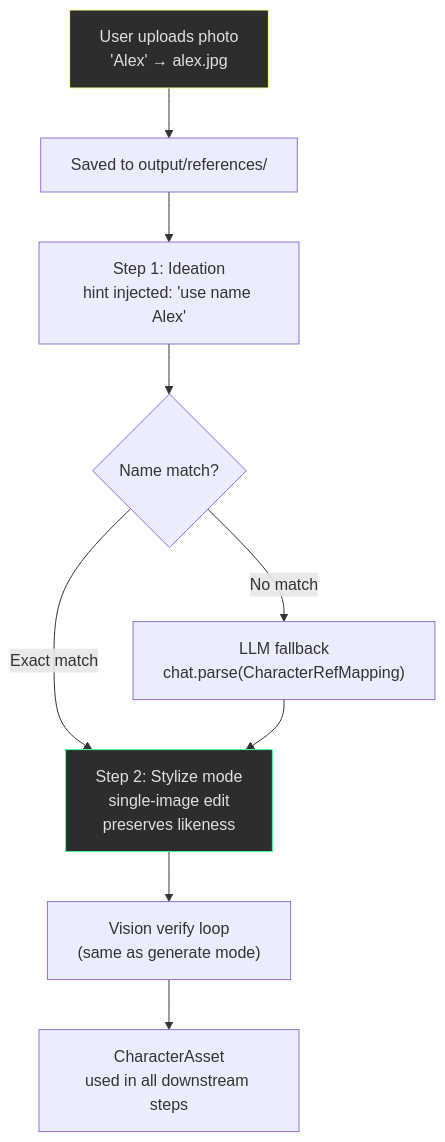
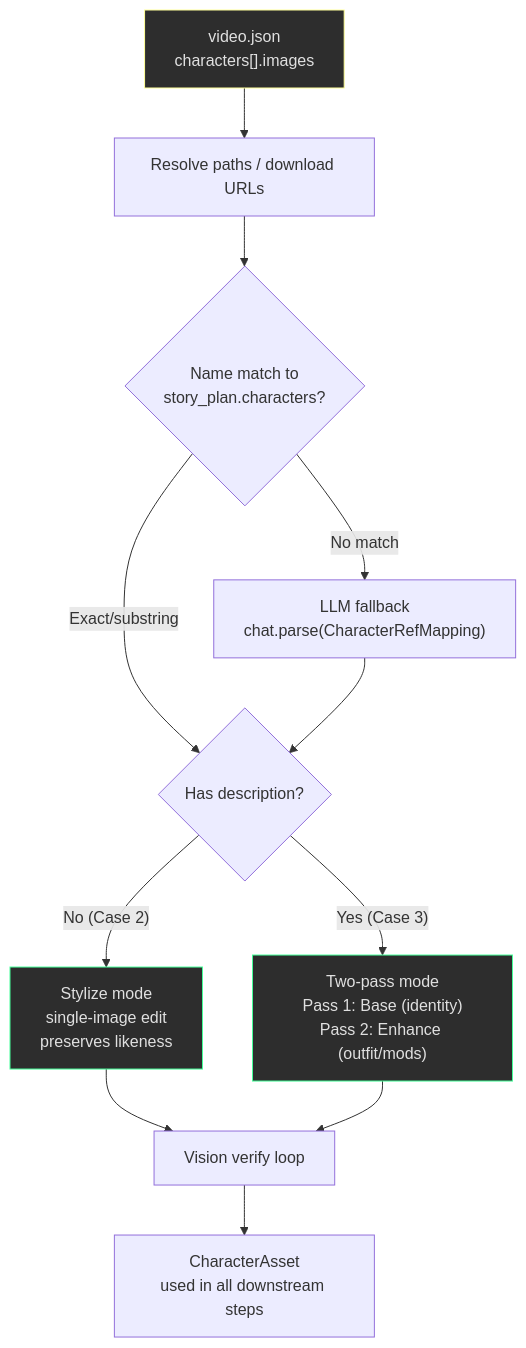
Before and after one commit to vkhansen/grok-spicy: the third of 6 diagrams in README.md, drawn with Mermaid. The commit also changed other lines of this file and 4 other files, not shown here.

````diff
--- a/README.md
+++ b/README.md
@@ -187,14 +183,17 @@
 ```mermaid
 flowchart TD
-    A["User uploads photo<br/>'Alex' → alex.jpg"] --> B["Saved to output/references/"]
-    B --> C["Step 1: Ideation<br/>hint injected: 'use name Alex'"]
-    C --> D{"Name match?"}
-    D -->|"Exact match"| F["Step 2: Stylize mode<br/>single-image edit<br/>preserves likeness"]
-    D -->|"No match"| E["LLM fallback<br/>chat.parse(CharacterRefMapping)"]
-    E --> F
-    F --> G["Vision verify loop<br/>(same as generate mode)"]
-    G --> H["CharacterAsset<br/>used in all downstream steps"]
+    A["video.json<br/>characters[].images"] --> B["Resolve paths / download URLs"]
+    B --> C{"Name match to<br/>story_plan.characters?"}
+    C -->|"Exact/substring"| D{"Has description?"}
+    C -->|"No match"| E["LLM fallback<br/>chat.parse(CharacterRefMapping)"]
+    E --> D
+    D -->|"No (Case 2)"| F["Stylize mode<br/>single-image edit<br/>preserves likeness"]
+    D -->|"Yes (Case 3)"| G["Two-pass mode<br/>Pass 1: Base (identity)<br/>Pass 2: Enhance (outfit/mods)"]
+    F --> H["Vision verify loop"]
+    G --> H
+    H --> I["CharacterAsset<br/>used in all downstream steps"]
 
     style A fill:#2d2d2d,stroke:#ff9,color:#e0e0e0
     style F fill:#2d2d2d,stroke:#4f9,color:#e0e0e0
+    style G fill:#2d2d2d,stroke:#4f9,color:#e0e0e0
 ```
````
